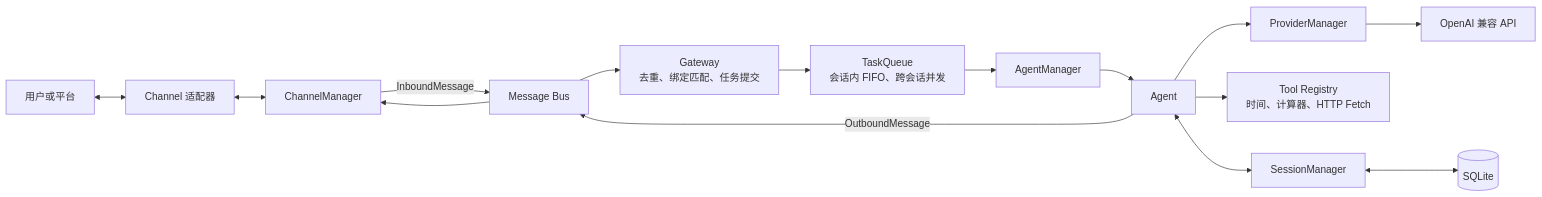
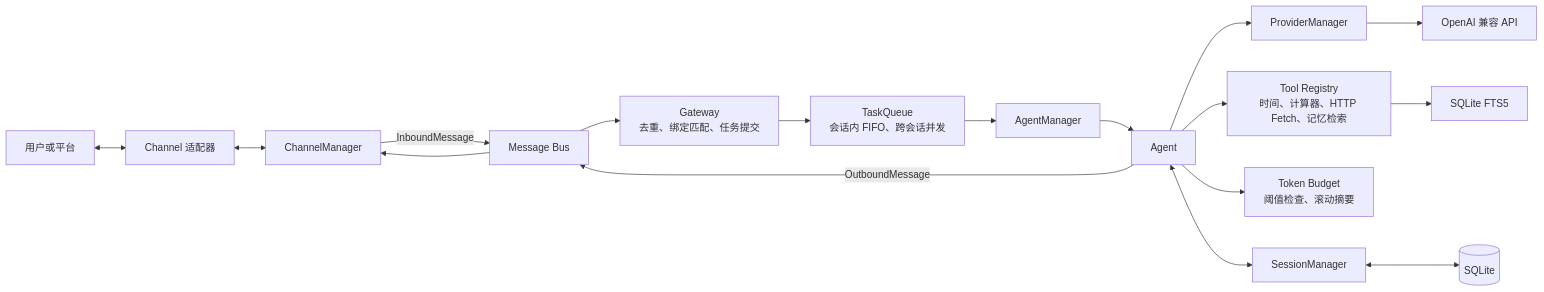
The diagram in README.md (lucky798213/luckyclaw), drawn with Mermaid before and after one commit. The commit also changed other lines of this file and 1 other file, not shown here.

````diff
--- a/README.md
+++ b/README.md
@@ -20,17 +22,19 @@
 ```mermaid
 flowchart LR
     User["用户或平台"] <--> Channel["Channel 适配器"]
     Channel <--> ChannelManager["ChannelManager"]
     ChannelManager -->|InboundMessage| Bus["Message Bus"]
     Bus --> Gateway["Gateway<br/>去重、绑定匹配、任务提交"]
     Gateway --> Queue["TaskQueue<br/>会话内 FIFO、跨会话并发"]
     Queue --> AgentManager["AgentManager"]
     AgentManager --> Agent["Agent"]
     Agent --> ProviderManager["ProviderManager"]
     ProviderManager --> Provider["OpenAI 兼容 API"]
-    Agent --> ToolRegistry["Tool Registry<br/>时间、计算器、HTTP Fetch"]
+    Agent --> ToolRegistry["Tool Registry<br/>时间、计算器、HTTP Fetch、记忆检索"]
+    Agent --> Budget["Token Budget<br/>阈值检查、滚动摘要"]
     Agent <--> SessionManager["SessionManager"]
     SessionManager <--> SQLite[("SQLite")]
+    ToolRegistry --> FTS["SQLite FTS5"]
     Agent -->|OutboundMessage| Bus
     Bus --> ChannelManager
 ```
````
